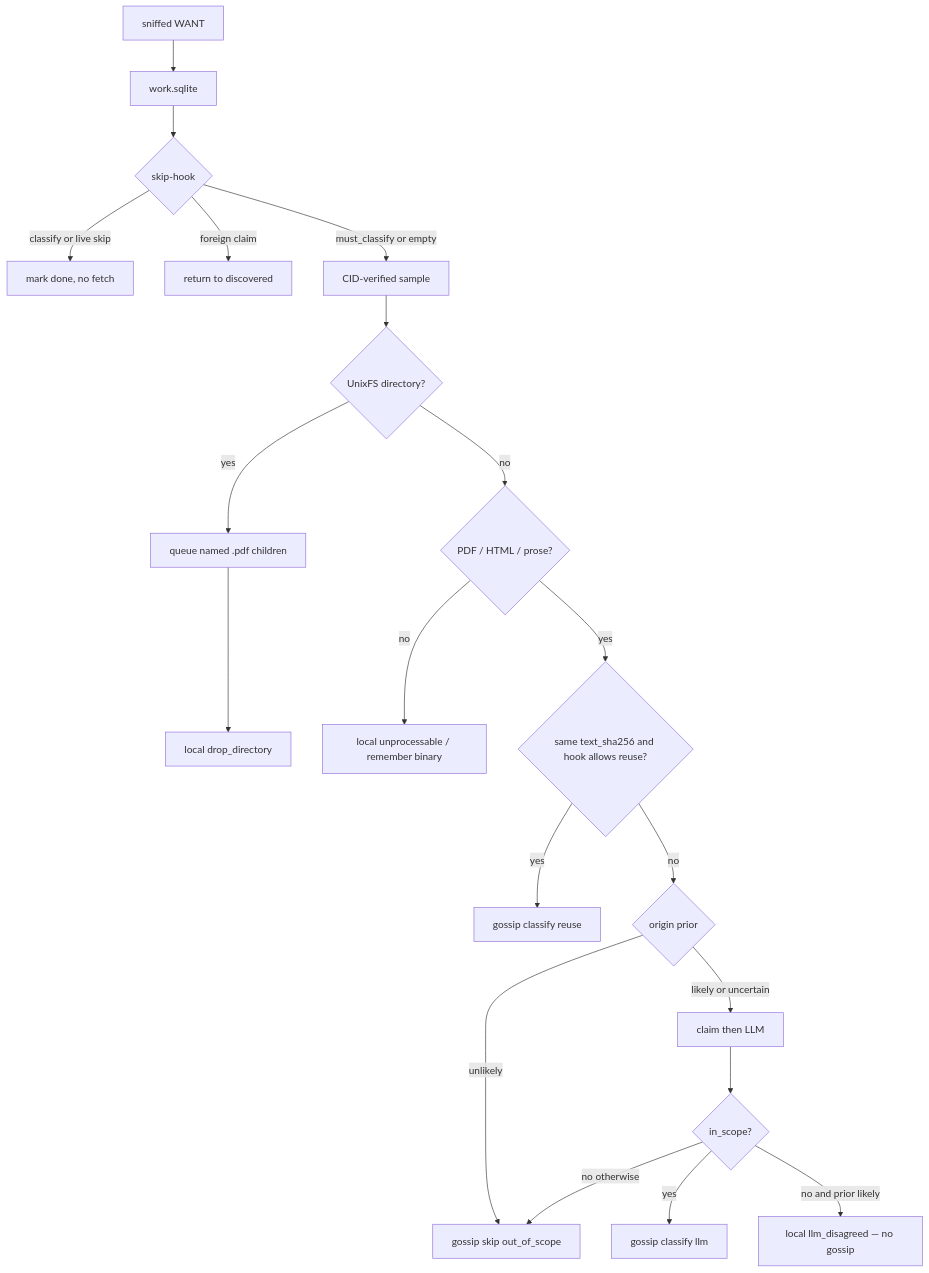
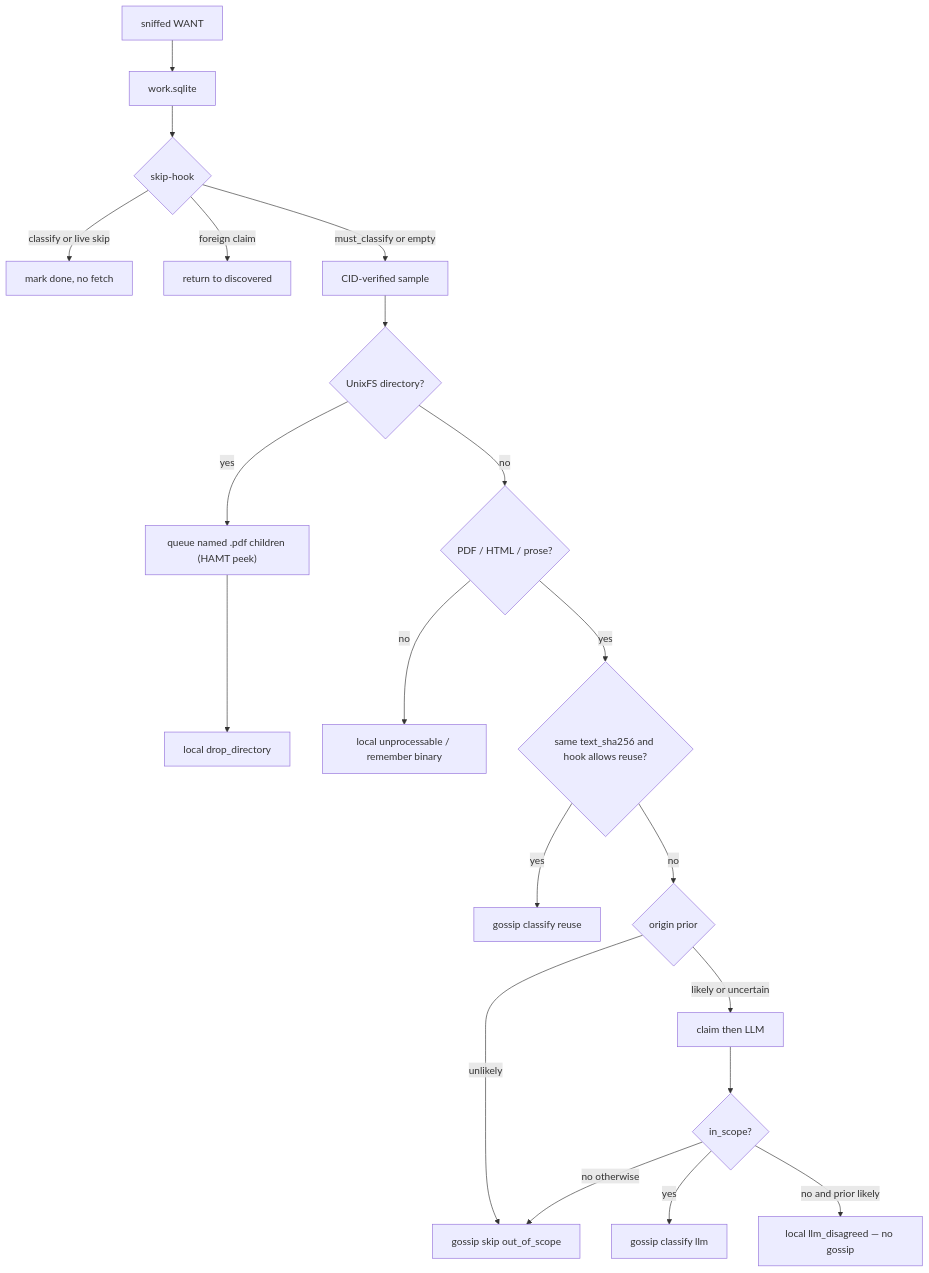
One commit to ihlec/IPFS-Observer-Club changed the third of 4 diagrams in docs/OVERVIEW.md. Above: the diagram before and after it, drawn with Mermaid. The commit also changed other lines of this file and 10 other files, not shown here.

````diff
--- a/docs/OVERVIEW.md
+++ b/docs/OVERVIEW.md
@@ -203,22 +205,22 @@
 ```mermaid
 flowchart TD
   want[sniffed WANT] --> q[work.sqlite]
   q --> hook{skip-hook}
   hook -->|classify or live skip| stop[mark done, no fetch]
   hook -->|foreign claim| wait[return to discovered]
   hook -->|must_classify or empty| fetch[CID-verified sample]
   fetch --> dir{UnixFS directory?}
-  dir -->|yes| named["queue named .pdf children"]
+  dir -->|yes| named["queue named .pdf children (HAMT peek)"]
   named --> gdir["local drop_directory"]
   dir -->|no| mime{PDF / HTML / prose?}
   mime -->|no| loc["local unprocessable / remember binary"]
   mime -->|yes| fp{same text_sha256 and hook allows reuse?}
   fp -->|yes| reuse["gossip classify reuse"]
   fp -->|no| prior{origin prior}
   prior -->|unlikely| gscope["gossip skip out_of_scope"]
   prior -->|likely or uncertain| claim["claim then LLM"]
   claim --> inscope{in_scope?}
   inscope -->|yes| gclass["gossip classify llm"]
   inscope -->|no and prior likely| quiet["local llm_disagreed — no gossip"]
   inscope -->|no otherwise| gscope
 ```
````
